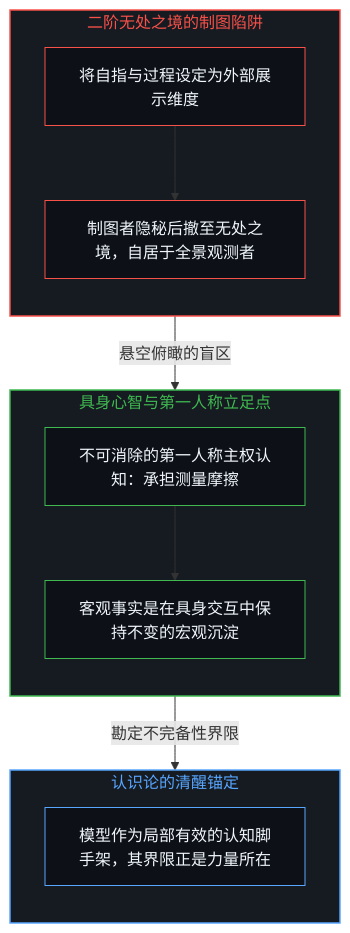
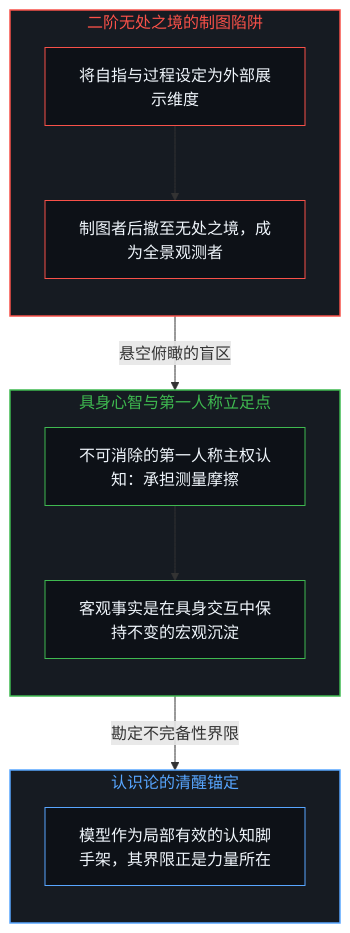
The fifth of 6 diagrams in content/posts/the-cut-moves-but-never-vanishes.md (powerpig99/not-a-toe), drawn with Mermaid before and after one commit. The commit also changed other lines of this file and 1 other file, not shown here.

````diff
--- a/content/posts/the-cut-moves-but-never-vanishes.md
+++ b/content/posts/the-cut-moves-but-never-vanishes.md
@@ -205,33 +205,33 @@
 ```mermaid
 flowchart TD
     subgraph S_Atlas["二阶无处之境的制图陷阱"]
         direction TB
         A_Map["将自指与过程设定为外部展示维度"]
-        A_Nowhere["制图者隐秘后撤至无处之境，自居于全景观测者"]
+        A_Nowhere["制图者后撤至无处之境，成为全景观测者"]
         A_Map --> A_Nowhere
     end
 
     subgraph S_Embodied["具身心智与第一人称立足点"]
         direction TB
         E_Mind["不可消除的第一人称主权认知：承担测量摩擦"]
         E_Fact["客观事实是在具身交互中保持不变的宏观沉淀"]
         E_Mind --> E_Fact
     end
 
     subgraph S_Scaffold["认识论的清醒锚定"]
         direction TB
         R_Scaffold["模型作为局部有效的认知脚手架，其界限正是力量所在"]
     end
 
     A_Nowhere -->|"悬空俯瞰的盲区"| E_Mind
     E_Fact -->|"勘定不完备性界限"| R_Scaffold
 
     style S_Atlas fill:#161b22,stroke:#f85149,stroke-width:1.5px,color:#f85149
     style S_Embodied fill:#161b22,stroke:#3fb950,stroke-width:1.5px,color:#3fb950
     style S_Scaffold fill:#161b22,stroke:#58a6ff,stroke-width:1.5px,color:#58a6ff
     style A_Map fill:#0d1117,stroke:#f85149,stroke-width:1px,color:#f0f6fc
     style A_Nowhere fill:#0d1117,stroke:#f85149,stroke-width:1px,color:#f0f6fc
     style E_Mind fill:#0d1117,stroke:#3fb950,stroke-width:1px,color:#f0f6fc
     style E_Fact fill:#0d1117,stroke:#3fb950,stroke-width:1px,color:#f0f6fc
     style R_Scaffold fill:#0d1117,stroke:#58a6ff,stroke-width:1px,color:#f0f6fc
 ```
````
